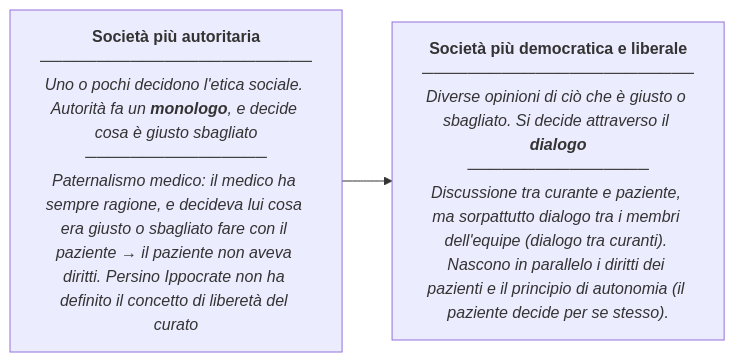
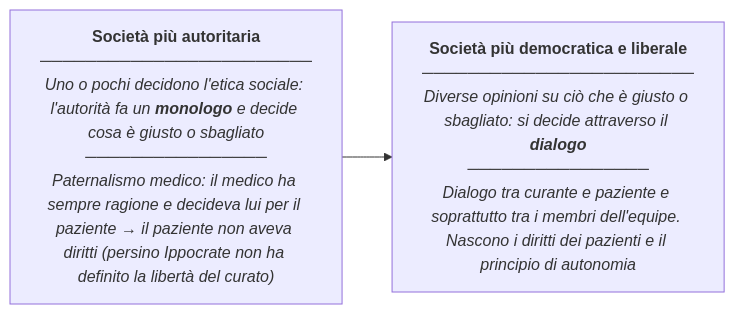
Before and after one commit to theRealCB/04_SSPSS: the third of 4 diagrams in Scienze sociali/Etica/appunti.md, drawn with Mermaid. The commit also changed other lines of this file, not shown here.

First line of the commit message:
Etica: appunti riorganizzati e completati

````diff
--- a/Scienze sociali/Etica/appunti.md
+++ b/Scienze sociali/Etica/appunti.md
@@ -158,8 +107,6 @@
 ```mermaid
 graph LR
-  A["<b>Società più autoritaria</b><br>────────────────────────<br><i>Uno o pochi decidono l'etica sociale. Autorità fa un <b>monologo</b>, e decide cosa è giusto sbagliato<br>────────────────<br>Paternalismo medico: il medico ha sempre ragione, e decideva lui cosa era giusto o sbagliato fare con il paziente &rarr; il paziente non aveva diritti. Persino Ippocrate non ha definito il concetto di liberetà del curato</i>"]
-  B["<b>Società più democratica e liberale</b><br>────────────────────────<br><i>Diverse opinioni di ciò che è giusto o sbagliato. Si decide attraverso il <b>dialogo</b><br>────────────────<br>Discussione tra curante e paziente, ma sorpattutto dialogo tra i membri dell'equipe (dialogo tra curanti). Nascono in parallelo i diritti dei pazienti e il principio di autonomia (il paziente decide per se stesso).</i>"]
-
-
+  A["<b>Società più autoritaria</b><br>────────────────────────<br><i>Uno o pochi decidono l'etica sociale: l'autorità fa un <b>monologo</b> e decide cosa è giusto o sbagliato<br>────────────────<br>Paternalismo medico: il medico ha sempre ragione e decideva lui per il paziente &rarr; il paziente non aveva diritti (persino Ippocrate non ha definito la libertà del curato)</i>"]
+  B["<b>Società più democratica e liberale</b><br>────────────────────────<br><i>Diverse opinioni su ciò che è giusto o sbagliato: si decide attraverso il <b>dialogo</b><br>────────────────<br>Dialogo tra curante e paziente e soprattutto tra i membri dell'equipe. Nascono i diritti dei pazienti e il principio di autonomia</i>"]
   A --> B
 ```
````
